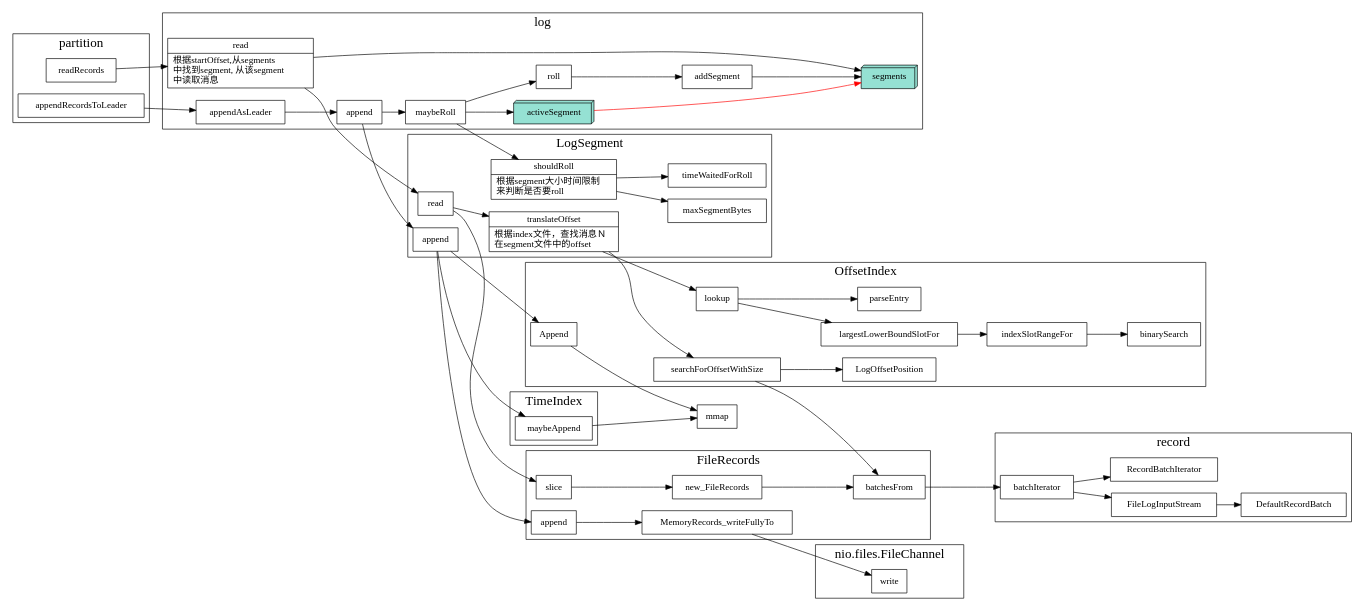
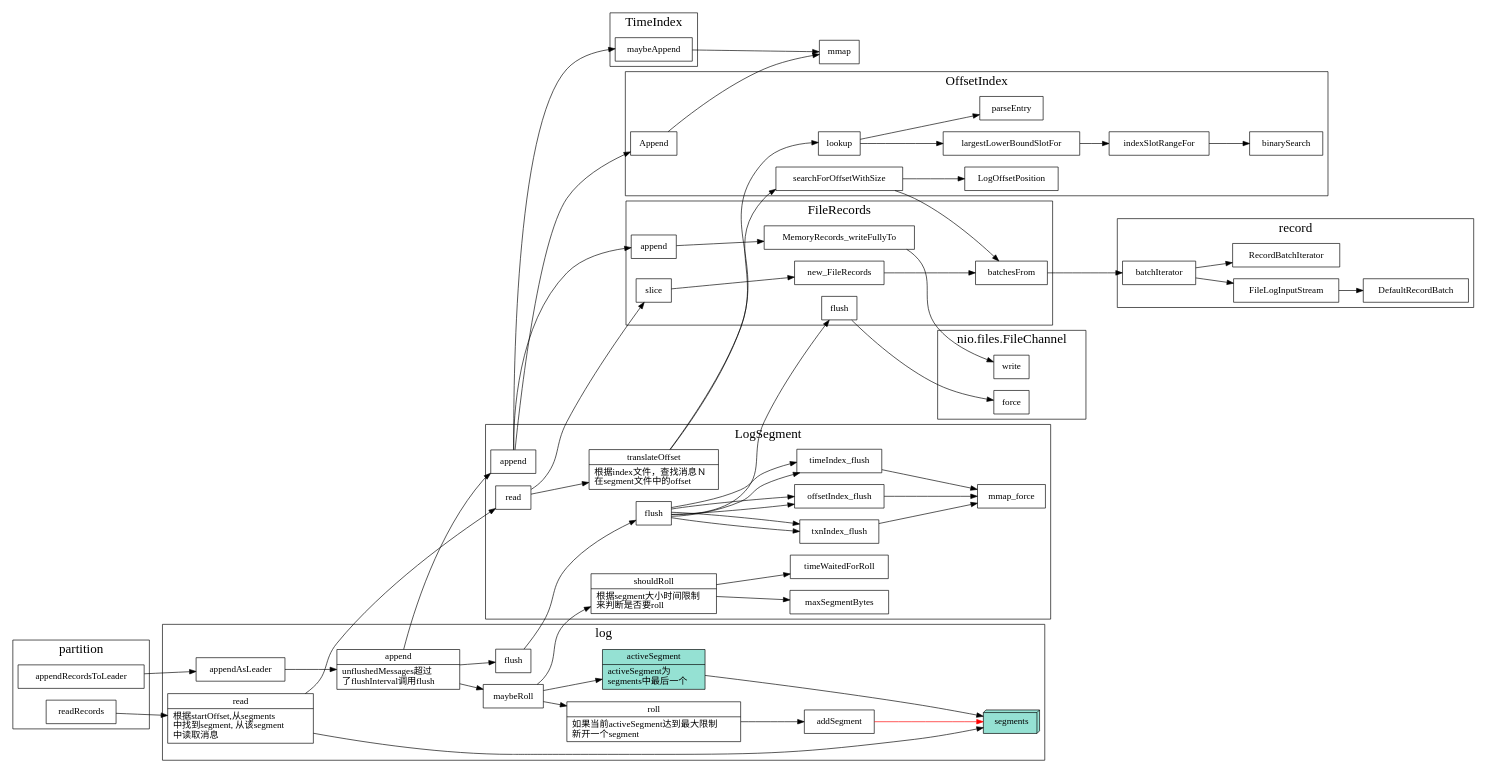
One commit to xieyu/blog changed the diagram in src/kafka/log_read_write.dot. Above: the diagram before and after it, drawn with Graphviz. The commit also changed 11 other files, not shown here.

```diff
--- a/src/kafka/log_read_write.dot
+++ b/src/kafka/log_read_write.dot
@@ -1,140 +1,174 @@
 digraph log_read_write {
   node[shape=box];
   newrank=true;
   rankdir=LR;
   subgraph cluster_log {
     graph[label="log";fontsize=20;];
   }
 
   subgraph cluster_channel {
     graph[label="nio.files.FileChannel";fontsize=20;];
     channel_write[label="write"];
+    channel_force[label="force"];
   }
   subgraph cluster_record {
     graph[label="record";fontsize=20;];
     batchIterator -> FileLogInputStream -> DefaultRecordBatch;
     batchIterator -> RecordBatchIterator;
   }
 
   subgraph cluster_FileRecords {
     graph[label="FileRecords";fontsize=20;];
     FileRecords_append[label="append"];
     FileRecords_slice[label="slice"];
+    fileRecords_flush[label="flush"];
+
     FileRecords_append -> MemoryRecords_writeFullyTo -> channel_write;
     FileRecords_slice -> new_FileRecords -> batchesFrom;
     batchesFrom -> batchIterator;
   }
 
   subgraph cluster_TimeIndex {
     graph[label="TimeIndex";fontsize=20;];
     timeIndex_maybeAppend[label="maybeAppend"];
   }
   timeIndex_maybeAppend -> mmap;
   offsetIndex_append -> mmap;
   {rank=same;offsetIndex_append;timeIndex_maybeAppend};
 
   subgraph cluster_OffsetIndex {
     graph[label="OffsetIndex";fontsize=20;];
     offsetIndex_append[label="Append"];
     offsetIndex_lookup[label="lookup"];
     offsetIndex_lookup -> {
       largestLowerBoundSlotFor;
       parseEntry;
     };
     largestLowerBoundSlotFor -> indexSlotRangeFor -> binarySearch;
     searchForOffsetWithSize -> {
       batchesFrom;
       LogOffsetPosition;
     };
   }
   subgraph cluster_Segment {
     graph[label="LogSegment";fontsize=20;];
     segment_append[shape="record";
       label="{{
         append
       }}";
     ];
     segment_append -> {
       FileRecords_append;
       timeIndex_maybeAppend;
       offsetIndex_append;
     }
     segment_read[label="read"];
     segment_read -> {
       FileRecords_slice;
       translateOffset;
     }
     translateOffset -> {
       offsetIndex_lookup;
       searchForOffsetWithSize;
     };
     translateOffset[shape="record";
       label="{{
         translateOffset|
           根据index文件，查找消息Ｎ\l 
           在segment文件中的offset\l
       }}";
     ];
     shouldRoll[shape="record";
       label="{{
         shouldRoll|
           根据segment大小时间限制\l 
           来判断是否要roll\l
       }}";
     ];
     shouldRoll -> {
       maxSegmentBytes;
       timeWaitedForRoll;
     }
+    segment_flush[label="flush"];
+    segment_flush -> {
+      offsetIndex_flush;
+      timeIndex_flush;
+      txnIndex_flush;
+    }
+
+    segment_flush -> {
+      offsetIndex_flush;
+      timeIndex_flush;
+      txnIndex_flush;
+    } -> mmap_force;
+    segment_flush -> fileRecords_flush -> channel_force
     {rank=same;segment_read;segment_append};
   }
 
   subgraph cluster_log {
     graph[label="log";fontsize=20;];
     localLog_read[shape="record";
       label="{{
         read|
           根据startOffset,从segments\l 
           中找到segment, 从该segment\l 
           中读取消息\l
       }}";
     ];
+    roll[shape="record";
+      label="{{
+        roll|
+          如果当前activeSegment达到最大限制\l 
+          新开一个segment\l
+      }}";
+    ];
+    activeSegment[shape="record";
+      fillcolor="#95e1d3"
+      style=filled;
+      label="{{
+        activeSegment|
+          activeSegment为\lsegments中最后一个\l
+      }}";
+    ];
+    append[shape="record";
+      label="{{
+        append|
+          unflushedMessages超过\l 
+          了flushInterval调用flush\l
+      }}";
+    ];
     appendAsLeader -> append; 
     localLog_read -> {
       segments;
     }
     append -> {
       maybeRoll;
     }
+    append -> flush;
     maybeRoll -> {
       activeSegment;
       roll;
     }
     roll -> addSegment;
-    addSegment -> segments;
-    activeSegment[
-      fillcolor="#95e1d3"
-      style=filled;
-      shape=box3d;
-      label="activeSegment"
-    ];
+    addSegment -> segments[color=red];
     segments[
       fillcolor="#95e1d3"
       style=filled;
       shape=box3d;
       label="segments"
     ];
-    activeSegment -> segments[color=red];
+    activeSegment -> segments;
     {rank=same;localLog_read;appendAsLeader};
   }
   maybeRoll -> shouldRoll;
   append -> segment_append;
   localLog_read -> segment_read;
+  flush -> segment_flush;
 
   subgraph cluster_partition {
     graph[label="partition";fontsize=20;];
     readRecords -> localLog_read;
     appendRecordsToLeader -> appendAsLeader;
     {rank=same;readRecords;appendRecordsToLeader};
   }
 }
```
